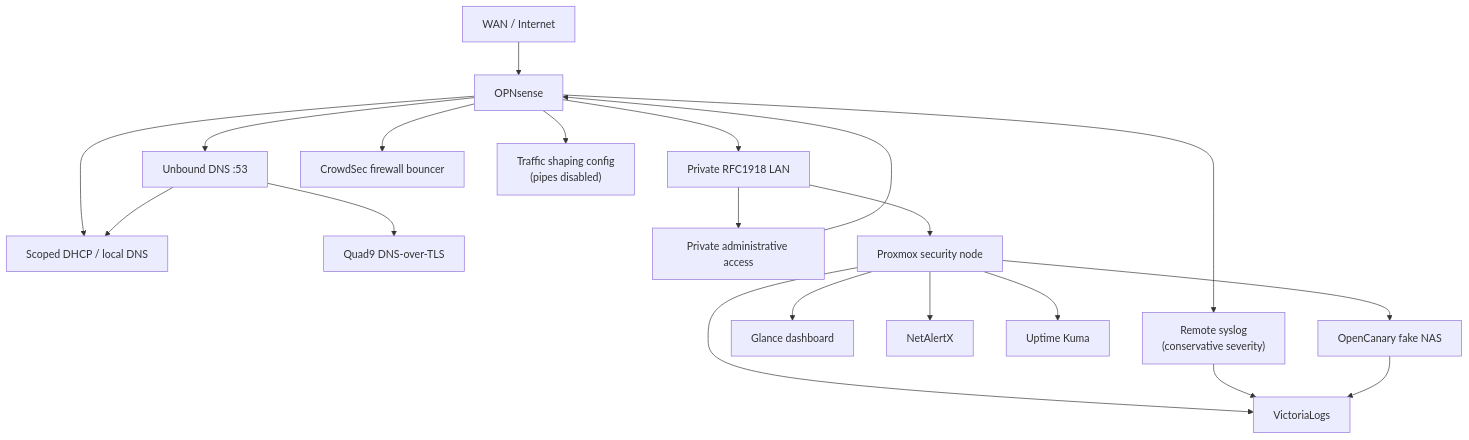
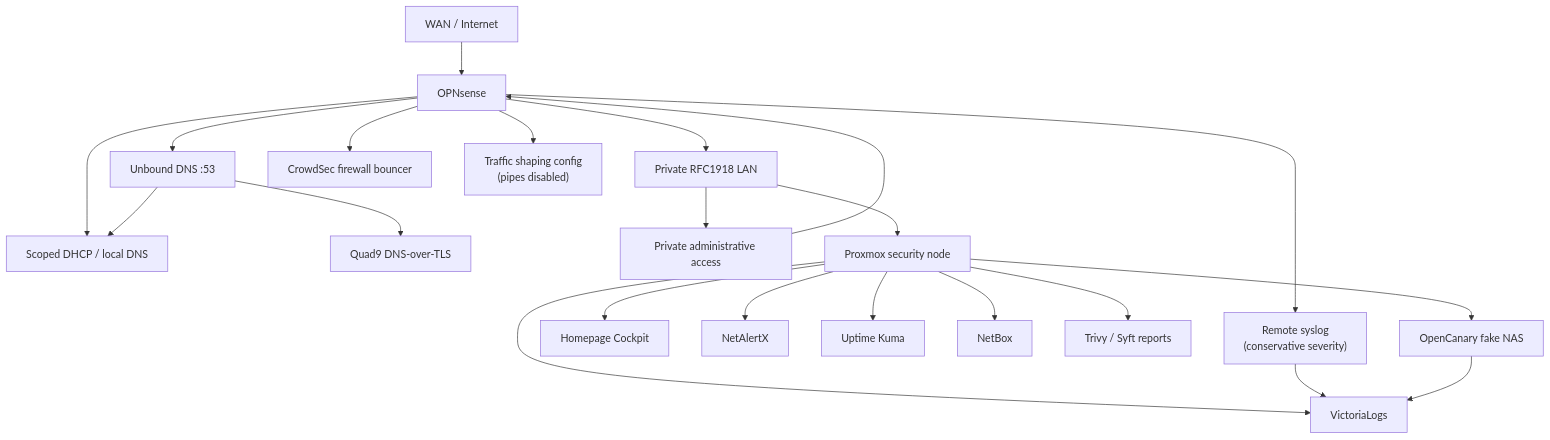
The diagram in docs/architecture.md (srkyn/home-network-security), drawn with Mermaid before and after one commit. The commit also changed other lines of this file and 13 other files, not shown here.

````diff
--- a/docs/architecture.md
+++ b/docs/architecture.md
@@ -33,22 +33,24 @@
 ```mermaid
 flowchart TD
     WAN["WAN / Internet"] --> FW["OPNsense"]
     FW --> LAN["Private RFC1918 LAN"]
     FW --> UNBOUND["Unbound DNS :53"]
     FW --> DNSMASQ["Scoped DHCP / local DNS"]
     FW --> CROWDSEC["CrowdSec firewall bouncer"]
     FW --> SHAPER["Traffic shaping config<br/>(pipes disabled)"]
     FW --> SYSLOG["Remote syslog<br/>(conservative severity)"]
     UNBOUND --> QUAD9["Quad9 DNS-over-TLS"]
     UNBOUND --> DNSMASQ
     LAN --> MGMT["Private administrative access"]
     MGMT --> FW
     LAN --> PVE["Proxmox security node"]
-    PVE --> DASH["Glance dashboard"]
+    PVE --> DASH["Homepage Cockpit"]
     PVE --> LOGS["VictoriaLogs"]
     PVE --> ALERTX["NetAlertX"]
     PVE --> KUMA["Uptime Kuma"]
+    PVE --> NETBOX["NetBox"]
+    PVE --> REPORTS["Trivy / Syft reports"]
     PVE --> CANARY["OpenCanary fake NAS"]
     SYSLOG --> LOGS
     CANARY --> LOGS
 ```
````
